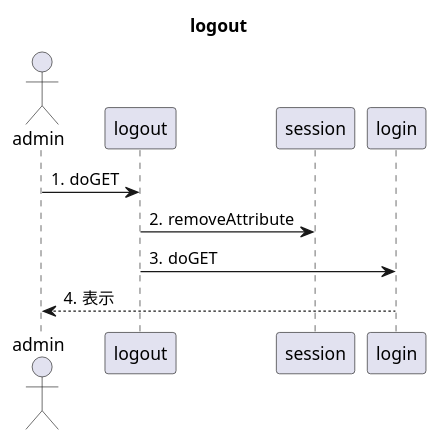
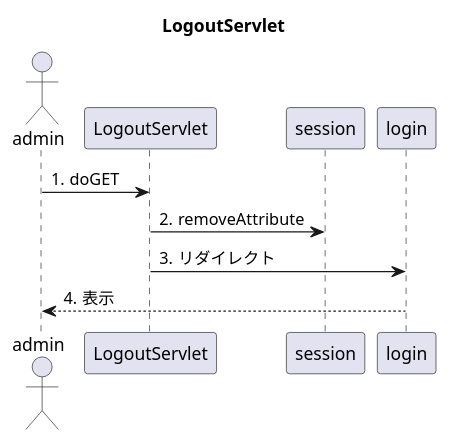
Before and after one commit to toufu66/ProjectC: the diagram in uml_detail/seq_logout.pu, drawn with PlantUML.

Commit message:
詳細シーケンス ログアウト

```diff
--- a/uml_detail/seq_logout.pu
+++ b/uml_detail/seq_logout.pu
@@ -1,17 +1,17 @@
 @startuml
 
-title logout
+title LogoutServlet
 
 autonumber "#."
 
 actor admin
-participant logout
+participant LogoutServlet
 
 participant session
-admin -> logout:doGET
-logout-> session:removeAttribute
-logout->login:doGET
+admin -> LogoutServlet:doGET
+LogoutServlet-> session:removeAttribute
+LogoutServlet->login:リダイレクト
 login--> admin:表示
 
 
 @enduml
```
